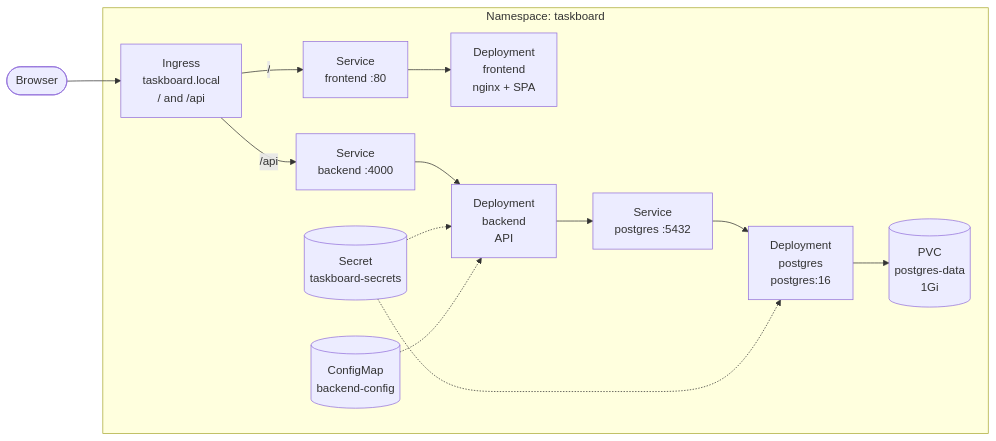
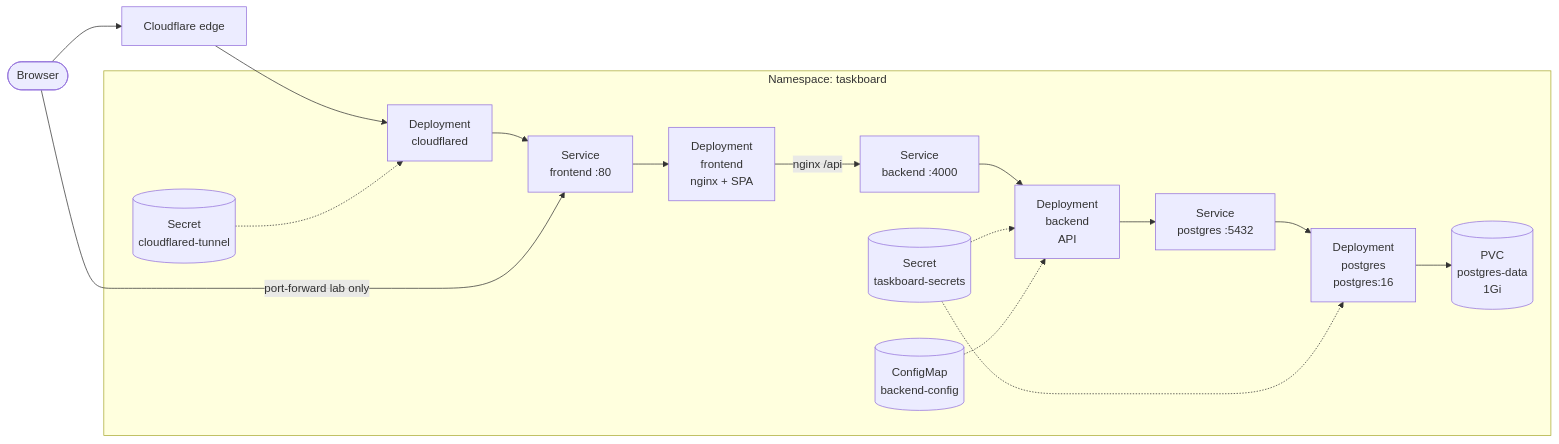
One commit to FinnTheHero/taskboard-k8s changed the diagram in README.md. Above: the diagram before and after it, drawn with Mermaid. The commit also changed other lines of this file and 2 other files, not shown here.

Commit message:
Add Cloudflare Tunnel deployment and secret template for secure access to TaskBoard

````diff
--- a/README.md
+++ b/README.md
@@ -14,32 +16,36 @@
 ```mermaid
 flowchart LR
   Browser([Browser])
+  CF[Cloudflare edge]
 
   subgraph cluster["Namespace: taskboard"]
-    Ingress["Ingress<br/>taskboard.local<br/>/ and /api"]
-
+    Tunnel["Deployment<br/>cloudflared"]
     FrontendSvc["Service<br/>frontend :80"]
     BackendSvc["Service<br/>backend :4000"]
     PostgresSvc["Service<br/>postgres :5432"]
 
     FrontendPod["Deployment<br/>frontend<br/>nginx + SPA"]
     BackendPod["Deployment<br/>backend<br/>API"]
     PostgresPod["Deployment<br/>postgres<br/>postgres:16"]
 
     PVC[("PVC<br/>postgres-data<br/>1Gi")]
     Secret[("Secret<br/>taskboard-secrets")]
+    TunnelSecret[("Secret<br/>cloudflared-tunnel")]
     ConfigMap[("ConfigMap<br/>backend-config")]
   end
 
-  Browser --> Ingress
-  Ingress -->|"/"| FrontendSvc
-  Ingress -->|"/api"| BackendSvc
+  Browser --> CF
+  CF --> Tunnel
+  Tunnel --> FrontendSvc
+  Browser -->|"port-forward lab only"| FrontendSvc
   FrontendSvc --> FrontendPod
+  FrontendPod -->|"nginx /api"| BackendSvc
   BackendSvc --> BackendPod
   BackendPod --> PostgresSvc
   PostgresSvc --> PostgresPod
   PostgresPod --> PVC
   Secret -.-> BackendPod
   Secret -.-> PostgresPod
+  TunnelSecret -.-> Tunnel
   ConfigMap -.-> BackendPod
 ```
````
